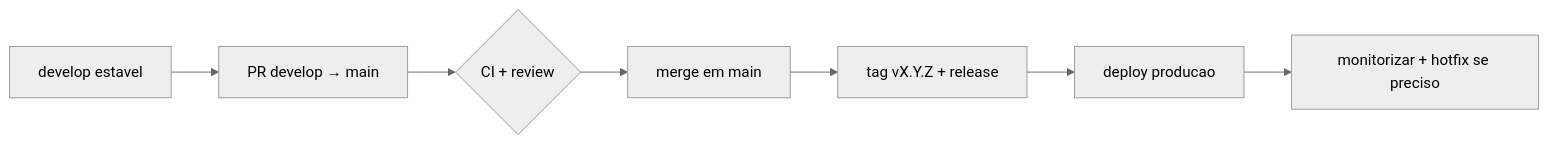
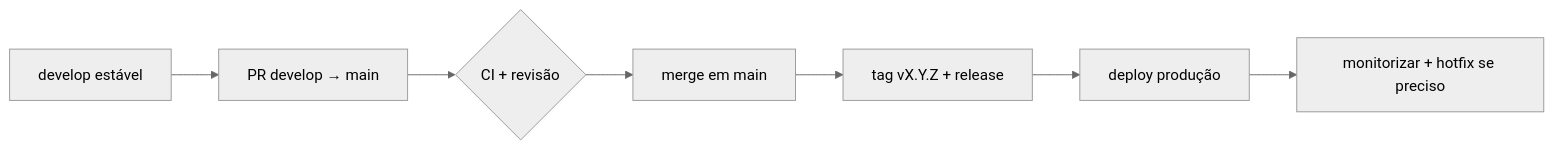
One commit to BerniloBernardo-boot/Git-e-GitHub changed the third of 3 diagrams in 08-Workflows-Profissionais/02-Workflow-Cuidar-Angola.md. Above: the diagram before and after it, drawn with Mermaid (neutral theme). The commit also changed other lines of this file and 13 other files, not shown here.

Commit message:
docs: traduz elementos explicativos dos diagramas para PT-PT

````diff
--- a/08-Workflows-Profissionais/02-Workflow-Cuidar-Angola.md
+++ b/08-Workflows-Profissionais/02-Workflow-Cuidar-Angola.md
@@ -115,9 +115,9 @@
 ```mermaid
 flowchart LR
-    D["develop estavel"] --> PR["PR develop → main"]
-    PR --> CI{"CI + review"}
+    D["develop estável"] --> PR["PR develop → main"]
+    PR --> CI{"CI + revisão"}
     CI --> M["merge em main"]
     M --> T["tag vX.Y.Z + release"]
-    T --> DEP["deploy producao"]
+    T --> DEP["deploy produção"]
     DEP --> MON["monitorizar + hotfix se preciso"]
 ```
````
